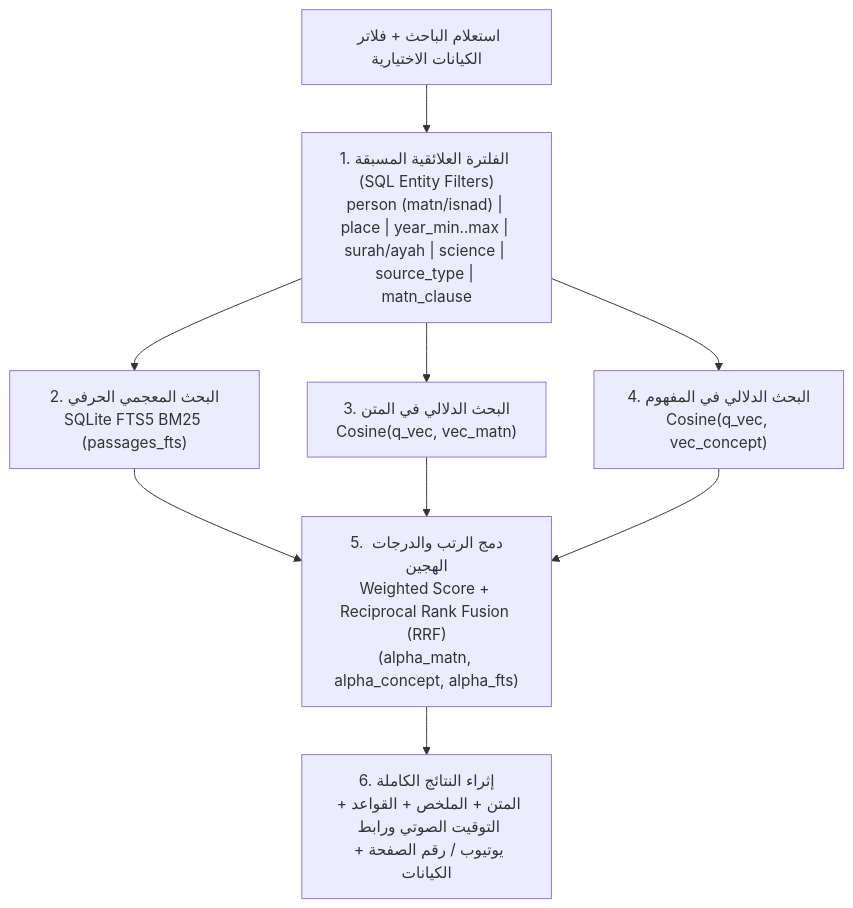
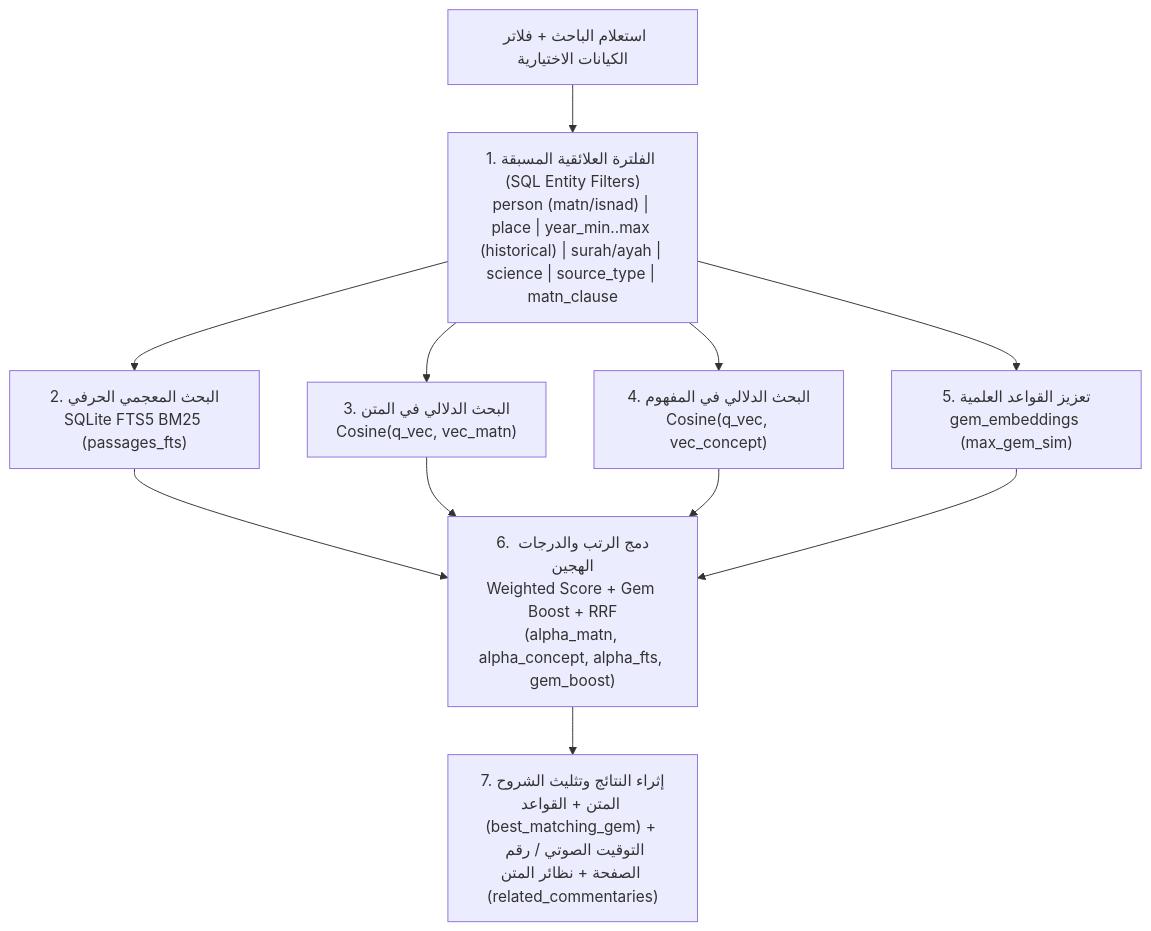
One commit to medmrf-10/SKILLS changed the diagram in turath-embedding-gemma2/SKILL.md. Above: the diagram before and after it, drawn with Mermaid. The commit also changed other lines of this file and 4 other files, not shown here.

Commit message:
feat(turath-embedding-gemma2): add gem_embeddings vector boost, cross-commentary matn triangulation, and Gate 5

````diff
--- a/turath-embedding-gemma2/SKILL.md
+++ b/turath-embedding-gemma2/SKILL.md
@@ -83,11 +83,13 @@
 ```mermaid
 flowchart TD
-    Q["استعلام الباحث + فلاتر الكيانات الاختيارية"] --> EF["1. الفلترة العلائقية المسبقة (SQL Entity Filters)<br/>person (matn/isnad) | place | year_min..max | surah/ayah | science | source_type | matn_clause"]
+    Q["استعلام الباحث + فلاتر الكيانات الاختيارية"] --> EF["1. الفلترة العلائقية المسبقة (SQL Entity Filters)<br/>person (matn/isnad) | place | year_min..max (historical) | surah/ayah | science | source_type | matn_clause"]
     EF --> FTS["2. البحث المعجمي الحرفي<br/>SQLite FTS5 BM25 (passages_fts)"]
     EF --> VMATN["3. البحث الدلالي في المتن<br/>Cosine(q_vec, vec_matn)"]
     EF --> VCONC["4. البحث الدلالي في المفهوم<br/>Cosine(q_vec, vec_concept)"]
-    FTS --> FUSE["5. دمج الرتب والدرجات الهجين<br/>Weighted Score + Reciprocal Rank Fusion (RRF)<br/>(alpha_matn, alpha_concept, alpha_fts)"]
+    EF --> VGEMS["5. تعزيز القواعد العلمية<br/>gem_embeddings (max_gem_sim)"]
+    FTS --> FUSE["6. دمج الرتب والدرجات الهجين<br/>Weighted Score + Gem Boost + RRF<br/>(alpha_matn, alpha_concept, alpha_fts, gem_boost)"]
     VMATN --> FUSE
     VCONC --> FUSE
-    FUSE --> OUT["6. إثراء النتائج الكاملة<br/>المتن + الملخص + القواعد + التوقيت الصوتي ورابط يوتيوب / رقم الصفحة + الكيانات"]
+    VGEMS --> FUSE
+    FUSE --> OUT["7. إثراء النتائج وتثليث الشروح<br/>المتن + القواعد (best_matching_gem) + التوقيت الصوتي / رقم الصفحة + نظائر المتن (related_commentaries)"]
 ```
````
